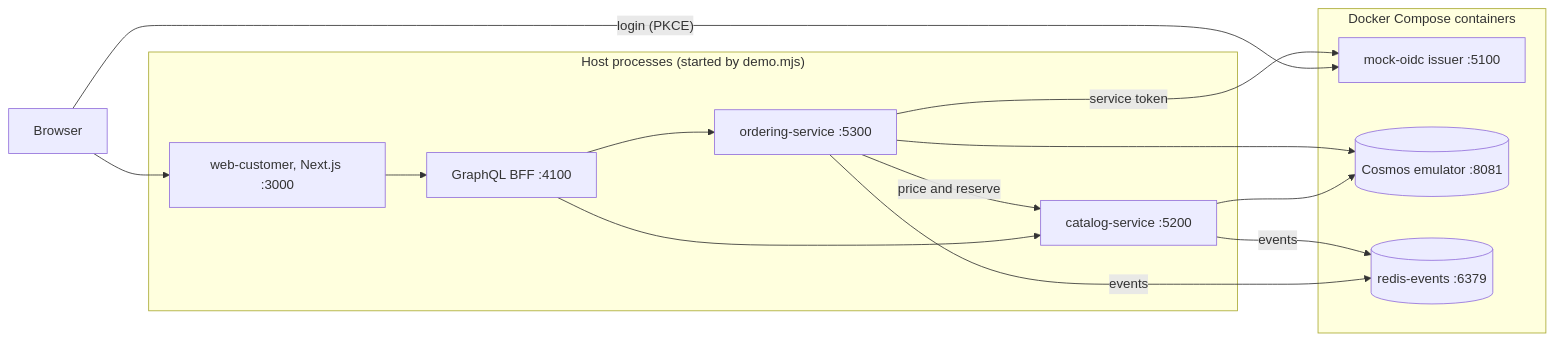
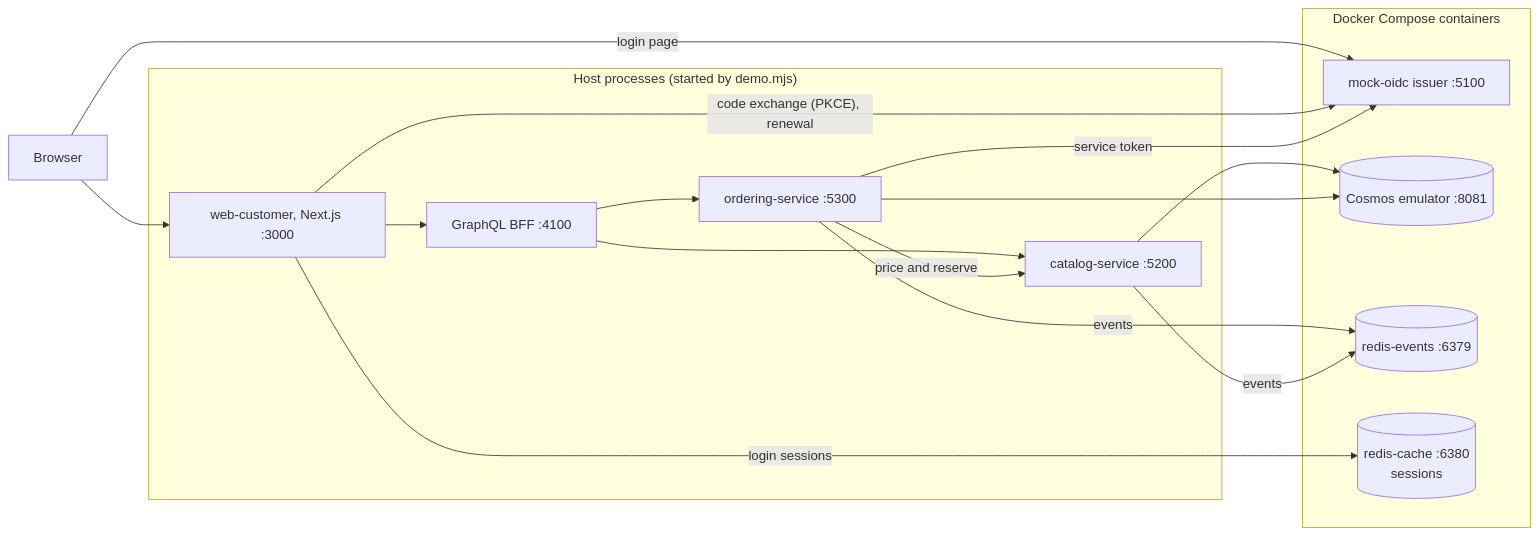
The diagram in docs/operations/demo.md (benjamin-hedrick/bakery-marketplace), drawn with Mermaid before and after one commit. The commit also changed other lines of this file and 10 other files, not shown here.

````diff
--- a/docs/operations/demo.md
+++ b/docs/operations/demo.md
@@ -19,26 +19,29 @@
 ```mermaid
 flowchart LR
   B[Browser]
   subgraph Host["Host processes (started by demo.mjs)"]
     W["web-customer, Next.js :3000"]
     G["GraphQL BFF :4100"]
     C["catalog-service :5200"]
     O["ordering-service :5300"]
   end
   subgraph Docker["Docker Compose containers"]
     I["mock-oidc issuer :5100"]
     D[("Cosmos emulator :8081")]
     R[("redis-events :6379")]
+    RC[("redis-cache :6380<br/>sessions")]
   end
   B --> W
-  B -- "login (PKCE)" --> I
+  B -- "login page" --> I
+  W -- "code exchange (PKCE), renewal" --> I
   W --> G
   G --> C
   G --> O
   O -- "service token" --> I
   O -- "price and reserve" --> C
   C --> D
   O --> D
   O -- "events" --> R
   C -- "events" --> R
+  W -- "login sessions" --> RC
 ```
````
